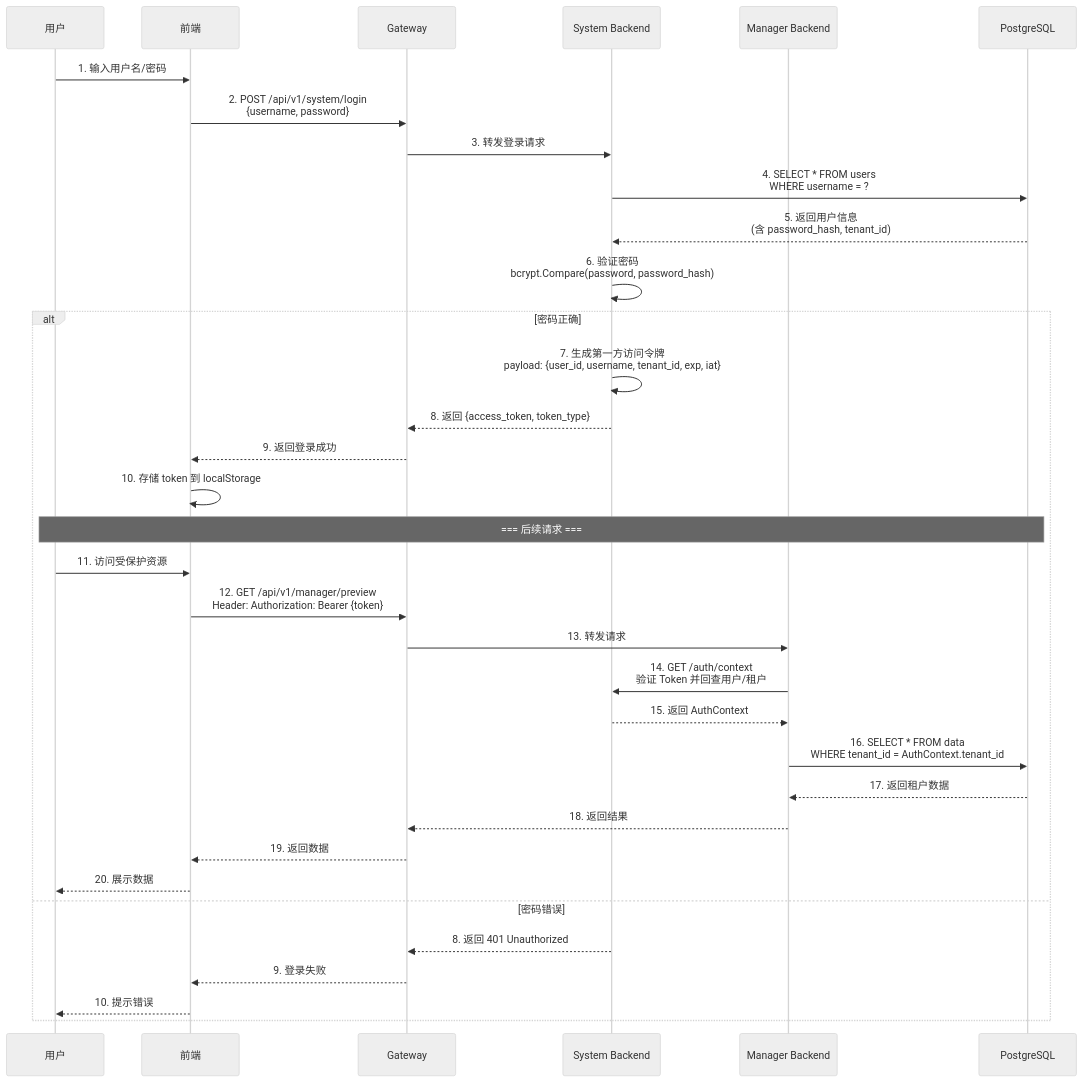
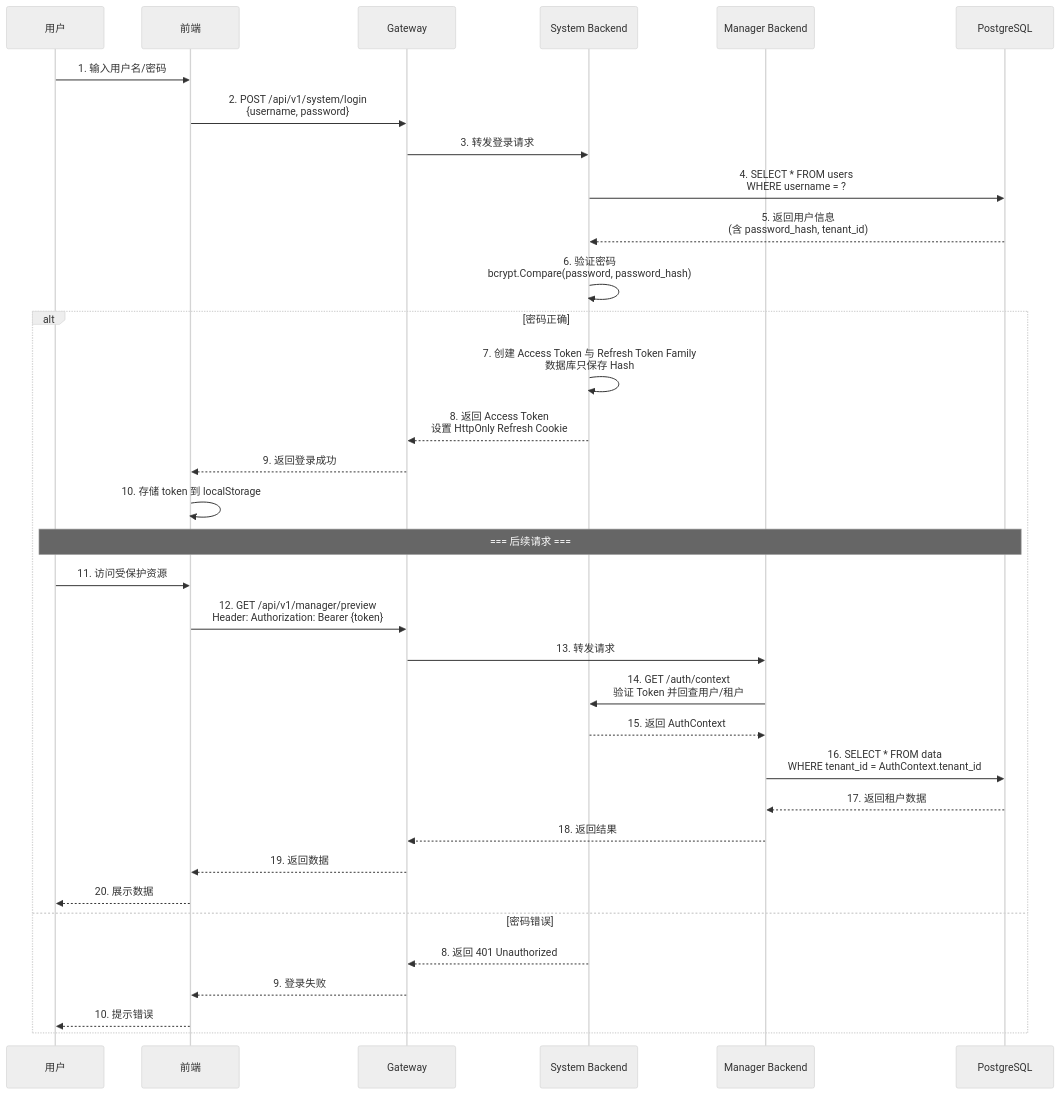
One commit to pampa0629/addp changed the third of 3 diagrams in docs/concepts/addp账号与权限体系图.md. Above: the diagram before and after it, drawn with Mermaid (neutral theme). The commit also changed other lines of this file and 61 other files, not shown here.

````diff
--- a/docs/concepts/addp账号与权限体系图.md
+++ b/docs/concepts/addp账号与权限体系图.md
@@ -181,40 +181,40 @@
 ```mermaid
 sequenceDiagram
     participant User as 用户
     participant Frontend as 前端
     participant Gateway as Gateway
     participant System as System Backend
     participant Manager as Manager Backend
     participant DB as PostgreSQL
 
     User->>Frontend: 1. 输入用户名/密码
     Frontend->>Gateway: 2. POST /api/v1/system/login<br/>{username, password}
     Gateway->>System: 3. 转发登录请求
     System->>DB: 4. SELECT * FROM users<br/>WHERE username = ?
     DB-->>System: 5. 返回用户信息<br/>(含 password_hash, tenant_id)
     System->>System: 6. 验证密码<br/>bcrypt.Compare(password, password_hash)
 
     alt 密码正确
-        System->>System: 7. 生成第一方访问令牌<br/>payload: {user_id, username, tenant_id, exp, iat}
-        System-->>Gateway: 8. 返回 {access_token, token_type}
+        System->>System: 7. 创建 Access Token 与 Refresh Token Family<br/>数据库只保存 Hash
+        System-->>Gateway: 8. 返回 Access Token<br/>设置 HttpOnly Refresh Cookie
         Gateway-->>Frontend: 9. 返回登录成功
         Frontend->>Frontend: 10. 存储 token 到 localStorage
 
         Note over User,DB: === 后续请求 ===
 
         User->>Frontend: 11. 访问受保护资源
         Frontend->>Gateway: 12. GET /api/v1/manager/preview<br/>Header: Authorization: Bearer {token}
         Gateway->>Manager: 13. 转发请求
         Manager->>System: 14. GET /auth/context<br/>验证 Token 并回查用户/租户
         System-->>Manager: 15. 返回 AuthContext
         Manager->>DB: 16. SELECT * FROM data<br/>WHERE tenant_id = AuthContext.tenant_id
         DB-->>Manager: 17. 返回租户数据
         Manager-->>Gateway: 18. 返回结果
         Gateway-->>Frontend: 19. 返回数据
         Frontend-->>User: 20. 展示数据
     else 密码错误
         System-->>Gateway: 8. 返回 401 Unauthorized
         Gateway-->>Frontend: 9. 登录失败
         Frontend-->>User: 10. 提示错误
     end
 ```
````
